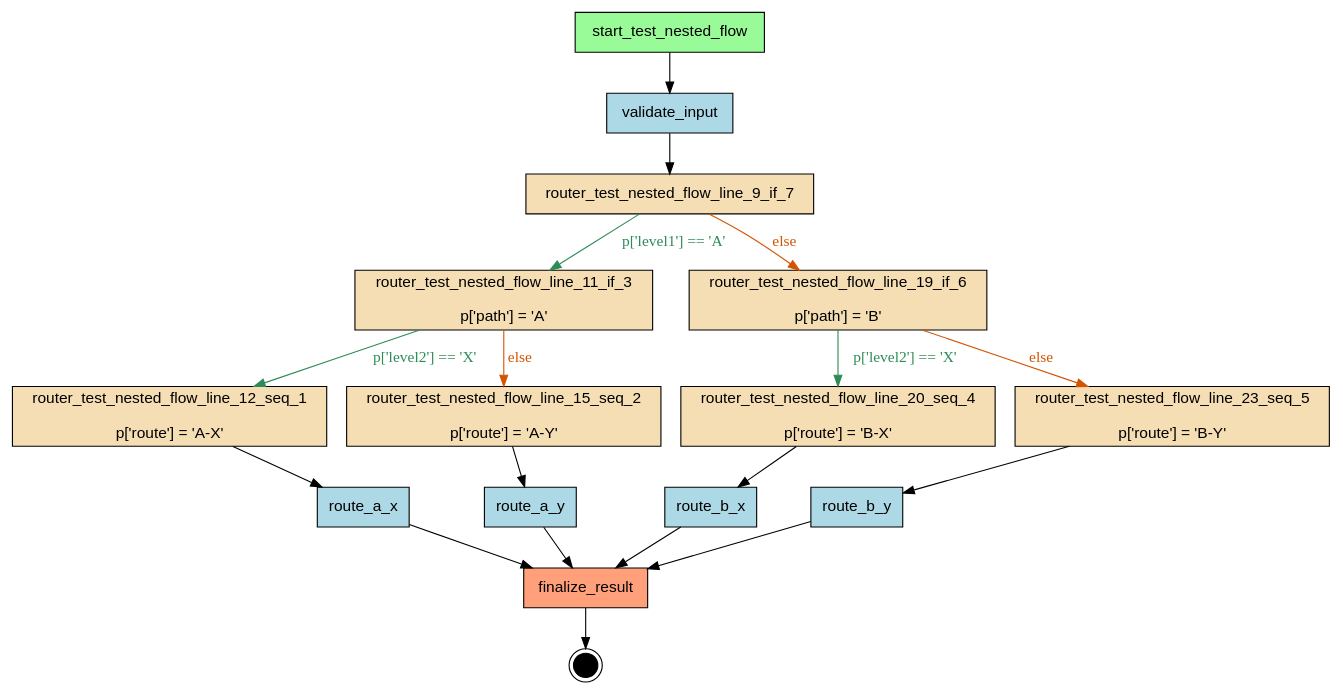
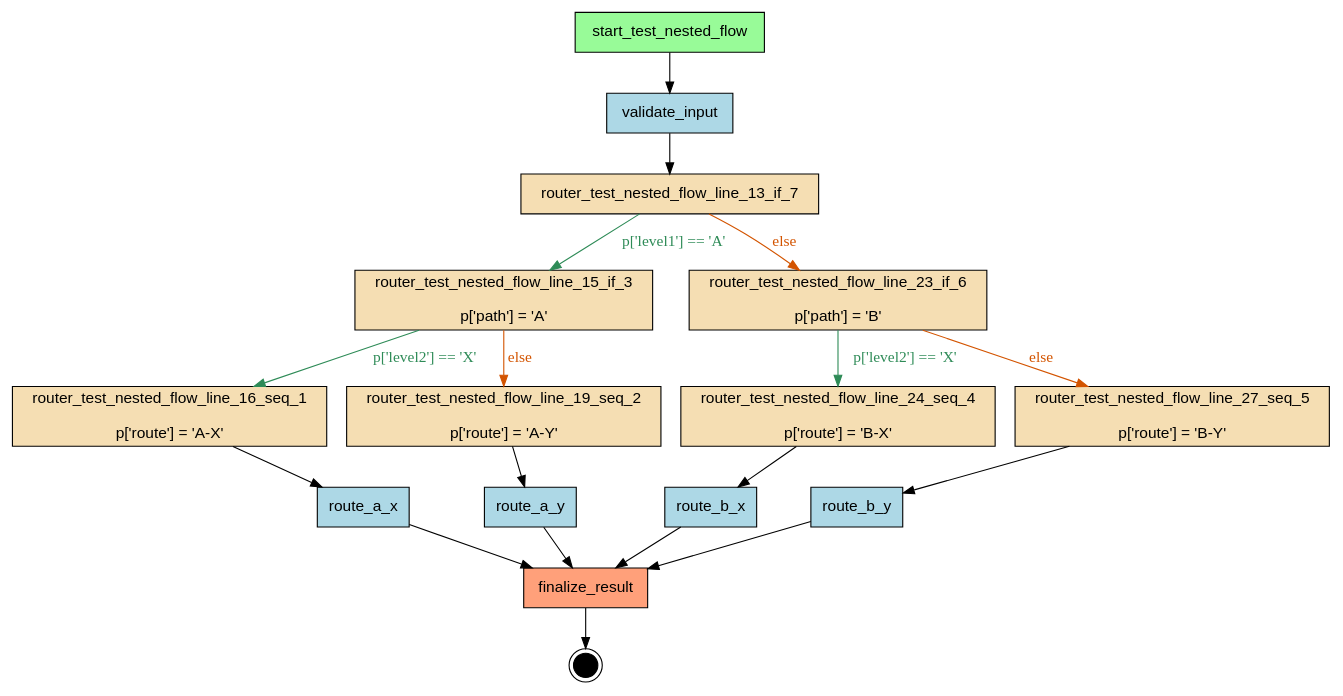
Before and after one commit to deliveryhero/asya: the diagram in src/asya-testing/asya_testing/flows/nested_if/compiled/flow.dot, drawn with Graphviz. The commit also changed 58 other files, not shown here.

First line of the commit message:
fix: add @actor to asya-testing flow handlers, recompile all

```diff
--- a/src/asya-testing/asya_testing/flows/nested_if/compiled/flow.dot
+++ b/src/asya-testing/asya_testing/flows/nested_if/compiled/flow.dot
@@ -1,41 +1,41 @@
 digraph "test_nested_flow" {
     rankdir=TB;
     node [shape=box, style=filled, fontname="Helvetica"];
 
     { rank=source; start_test_nested_flow; }
 
     finalize_result [label="finalize_result", fillcolor=lightsalmon];
     route_a_x [label="route_a_x", fillcolor=lightblue];
     route_a_y [label="route_a_y", fillcolor=lightblue];
     route_b_x [label="route_b_x", fillcolor=lightblue];
     route_b_y [label="route_b_y", fillcolor=lightblue];
-    router_test_nested_flow_line_11_if_3 [label="router_test_nested_flow_line_11_if_3\n\np['path'] = 'A'", fillcolor=wheat];
-    router_test_nested_flow_line_12_seq_1 [label="router_test_nested_flow_line_12_seq_1\n\np['route'] = 'A-X'", fillcolor=wheat];
-    router_test_nested_flow_line_15_seq_2 [label="router_test_nested_flow_line_15_seq_2\n\np['route'] = 'A-Y'", fillcolor=wheat];
-    router_test_nested_flow_line_19_if_6 [label="router_test_nested_flow_line_19_if_6\n\np['path'] = 'B'", fillcolor=wheat];
-    router_test_nested_flow_line_20_seq_4 [label="router_test_nested_flow_line_20_seq_4\n\np['route'] = 'B-X'", fillcolor=wheat];
-    router_test_nested_flow_line_23_seq_5 [label="router_test_nested_flow_line_23_seq_5\n\np['route'] = 'B-Y'", fillcolor=wheat];
-    router_test_nested_flow_line_9_if_7 [label="router_test_nested_flow_line_9_if_7", fillcolor=wheat];
+    router_test_nested_flow_line_13_if_7 [label="router_test_nested_flow_line_13_if_7", fillcolor=wheat];
+    router_test_nested_flow_line_15_if_3 [label="router_test_nested_flow_line_15_if_3\n\np['path'] = 'A'", fillcolor=wheat];
+    router_test_nested_flow_line_16_seq_1 [label="router_test_nested_flow_line_16_seq_1\n\np['route'] = 'A-X'", fillcolor=wheat];
+    router_test_nested_flow_line_19_seq_2 [label="router_test_nested_flow_line_19_seq_2\n\np['route'] = 'A-Y'", fillcolor=wheat];
+    router_test_nested_flow_line_23_if_6 [label="router_test_nested_flow_line_23_if_6\n\np['path'] = 'B'", fillcolor=wheat];
+    router_test_nested_flow_line_24_seq_4 [label="router_test_nested_flow_line_24_seq_4\n\np['route'] = 'B-X'", fillcolor=wheat];
+    router_test_nested_flow_line_27_seq_5 [label="router_test_nested_flow_line_27_seq_5\n\np['route'] = 'B-Y'", fillcolor=wheat];
     start_test_nested_flow [label="start_test_nested_flow", fillcolor=palegreen];
     validate_input [label="validate_input", fillcolor=lightblue];
 
     __end__ [label="", shape=doublecircle, fillcolor=black, width=0.3, fixedsize=true];
 
     start_test_nested_flow -> validate_input;
-    validate_input -> router_test_nested_flow_line_9_if_7;
-    router_test_nested_flow_line_12_seq_1 -> route_a_x;
-    router_test_nested_flow_line_15_seq_2 -> route_a_y;
-    router_test_nested_flow_line_11_if_3 -> router_test_nested_flow_line_12_seq_1 [label="p['level2'] == 'X'", color="#2E8B57", fontcolor="#2E8B57"];
-    router_test_nested_flow_line_11_if_3 -> router_test_nested_flow_line_15_seq_2 [label="else", color="#D35400", fontcolor="#D35400"];
-    router_test_nested_flow_line_20_seq_4 -> route_b_x;
-    router_test_nested_flow_line_23_seq_5 -> route_b_y;
-    router_test_nested_flow_line_19_if_6 -> router_test_nested_flow_line_20_seq_4 [label="p['level2'] == 'X'", color="#2E8B57", fontcolor="#2E8B57"];
-    router_test_nested_flow_line_19_if_6 -> router_test_nested_flow_line_23_seq_5 [label="else", color="#D35400", fontcolor="#D35400"];
-    router_test_nested_flow_line_9_if_7 -> router_test_nested_flow_line_11_if_3 [label="p['level1'] == 'A'", color="#2E8B57", fontcolor="#2E8B57"];
-    router_test_nested_flow_line_9_if_7 -> router_test_nested_flow_line_19_if_6 [label="else", color="#D35400", fontcolor="#D35400"];
+    validate_input -> router_test_nested_flow_line_13_if_7;
+    router_test_nested_flow_line_16_seq_1 -> route_a_x;
+    router_test_nested_flow_line_19_seq_2 -> route_a_y;
+    router_test_nested_flow_line_15_if_3 -> router_test_nested_flow_line_16_seq_1 [label="p['level2'] == 'X'", color="#2E8B57", fontcolor="#2E8B57"];
+    router_test_nested_flow_line_15_if_3 -> router_test_nested_flow_line_19_seq_2 [label="else", color="#D35400", fontcolor="#D35400"];
+    router_test_nested_flow_line_24_seq_4 -> route_b_x;
+    router_test_nested_flow_line_27_seq_5 -> route_b_y;
+    router_test_nested_flow_line_23_if_6 -> router_test_nested_flow_line_24_seq_4 [label="p['level2'] == 'X'", color="#2E8B57", fontcolor="#2E8B57"];
+    router_test_nested_flow_line_23_if_6 -> router_test_nested_flow_line_27_seq_5 [label="else", color="#D35400", fontcolor="#D35400"];
+    router_test_nested_flow_line_13_if_7 -> router_test_nested_flow_line_15_if_3 [label="p['level1'] == 'A'", color="#2E8B57", fontcolor="#2E8B57"];
+    router_test_nested_flow_line_13_if_7 -> router_test_nested_flow_line_23_if_6 [label="else", color="#D35400", fontcolor="#D35400"];
     route_a_x -> finalize_result;
     route_a_y -> finalize_result;
     route_b_x -> finalize_result;
     route_b_y -> finalize_result;
     finalize_result -> __end__;
 }
```
